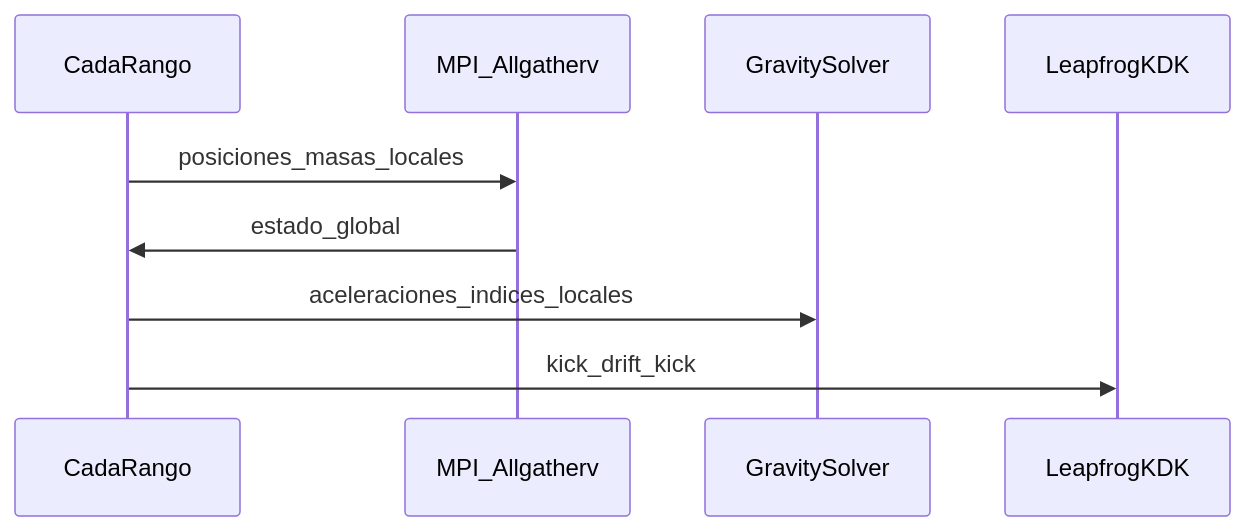
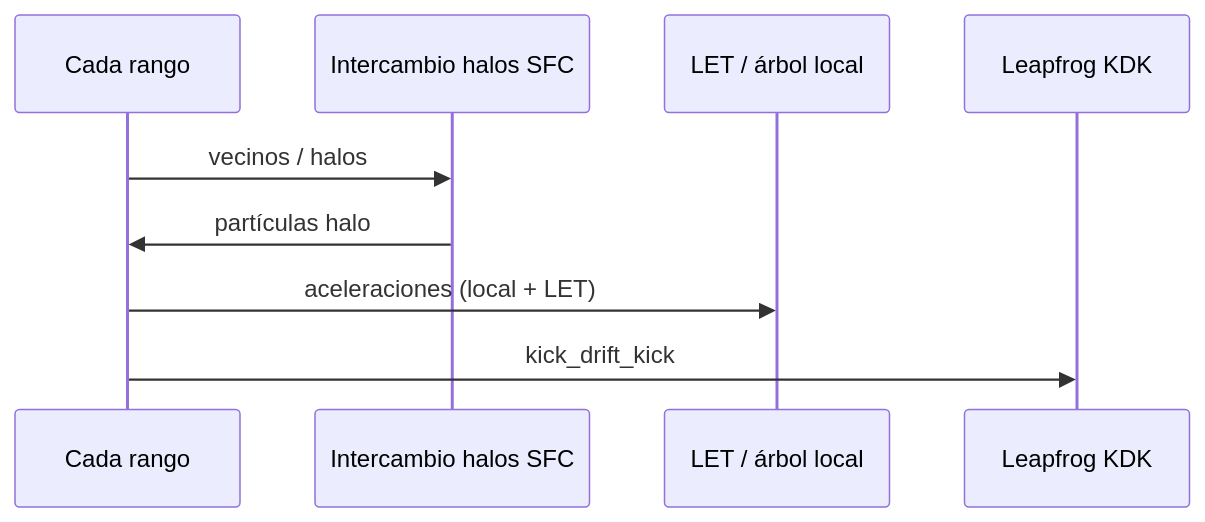
The diagram in docs/architecture.md (cavazquez/gadget-ng), drawn with Mermaid before and after one commit. The commit also changed other lines of this file and 18 other files, not shown here.

````diff
--- a/docs/architecture.md
+++ b/docs/architecture.md
@@ -68,11 +90,11 @@
 ```mermaid
 sequenceDiagram
-  participant R as CadaRango
-  participant MPI as MPI_Allgatherv
-  participant G as GravitySolver
-  participant L as LeapfrogKDK
-  R->>MPI: posiciones_masas_locales
-  MPI->>R: estado_global
-  R->>G: aceleraciones_indices_locales
-  R->>L: kick_drift_kick
+  participant R as Cada rango
+  participant X as Intercambio halos SFC
+  participant L as LET / árbol local
+  participant K as Leapfrog KDK
+  R->>X: vecinos / halos
+  X->>R: partículas halo
+  R->>L: aceleraciones (local + LET)
+  R->>K: kick_drift_kick
 ```
````
